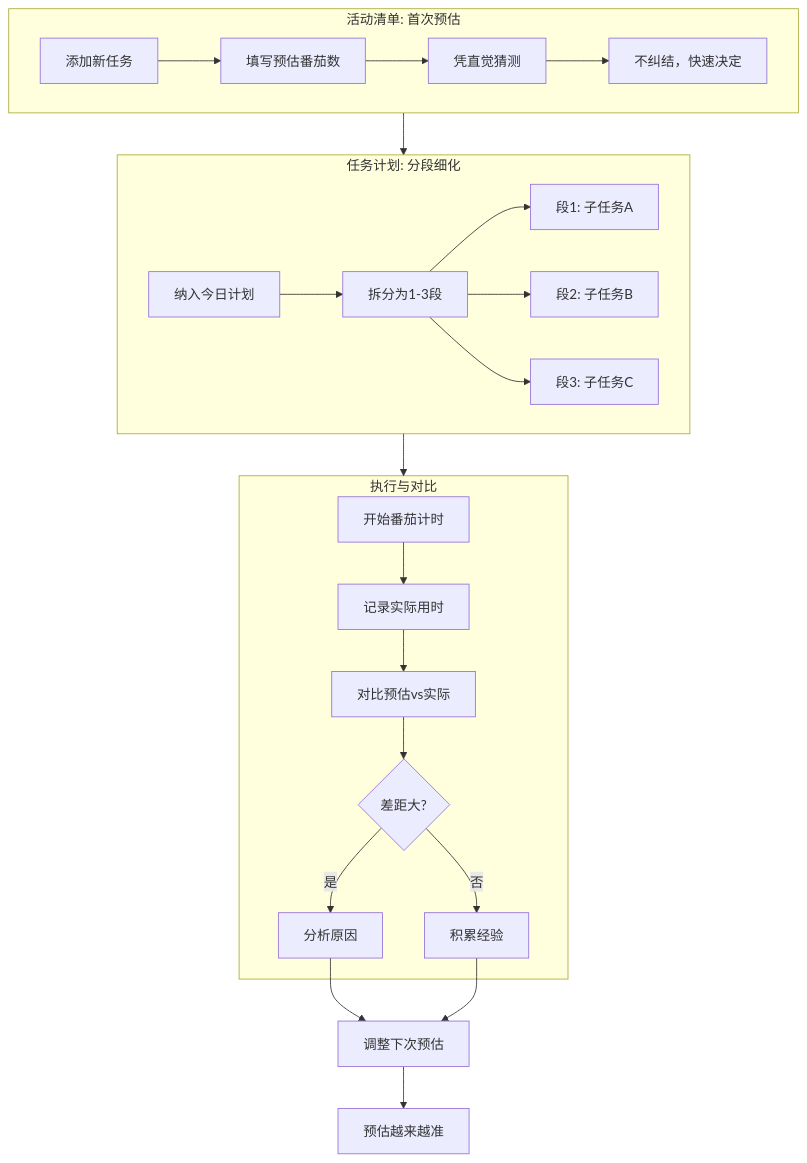
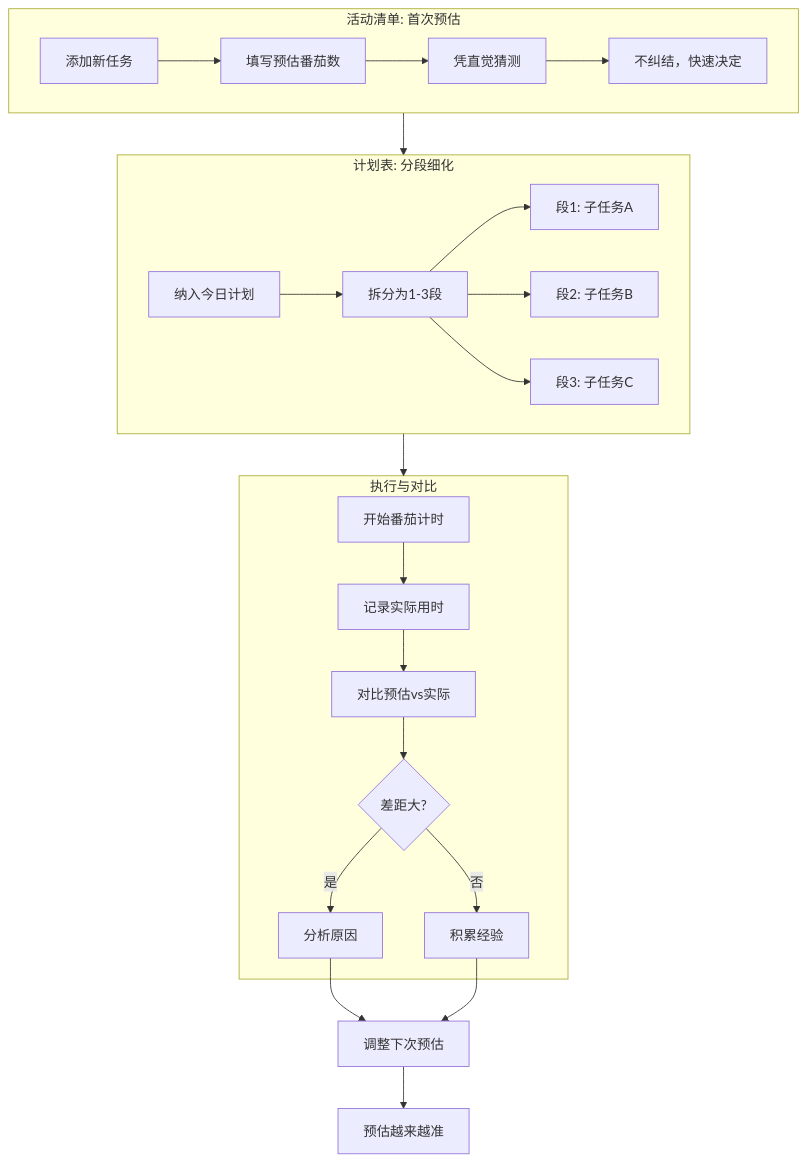
One commit to Xeonilian/pomotention changed the diagram in docs/guide/pomodoro-technique/03-estimate-tasks.md. Above: the diagram before and after it, drawn with Mermaid. The commit also changed other lines of this file and 63 other files, not shown here.

````diff
--- a/docs/guide/pomodoro-technique/03-estimate-tasks.md
+++ b/docs/guide/pomodoro-technique/03-estimate-tasks.md
@@ -59,29 +65,29 @@
 ```mermaid
 flowchart TD
     subgraph 首次预估[活动清单: 首次预估]
         A[添加新任务] --> B[填写预估番茄数]
         B --> C[凭直觉猜测]
         C --> D[不纠结，快速决定]
     end
-    
-    subgraph 执行计划[任务计划: 分段细化]
+
+    subgraph 执行计划[计划表: 分段细化]
         E[纳入今日计划] --> F[拆分为1-3段]
         F --> G[段1: 子任务A]
         F --> H[段2: 子任务B]
         F --> I[段3: 子任务C]
     end
-    
+
     subgraph 对比学习[执行与对比]
         J[开始番茄计时] --> K[记录实际用时]
         K --> L[对比预估vs实际]
         L --> M{差距大?}
         M -->|是| N[分析原因]
         M -->|否| O[积累经验]
     end
-    
+
     N --> P[调整下次预估]
     O --> P
     P --> Q[预估越来越准]
-    
+
     首次预估 --> 执行计划 --> 对比学习
 ```
````
